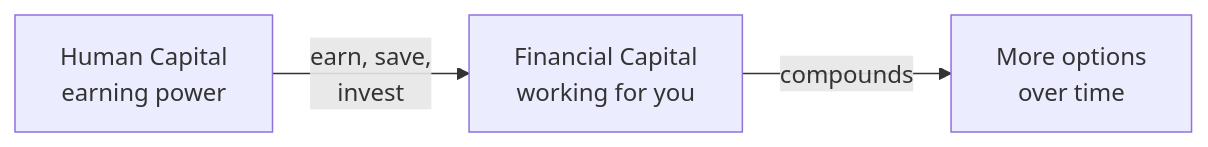
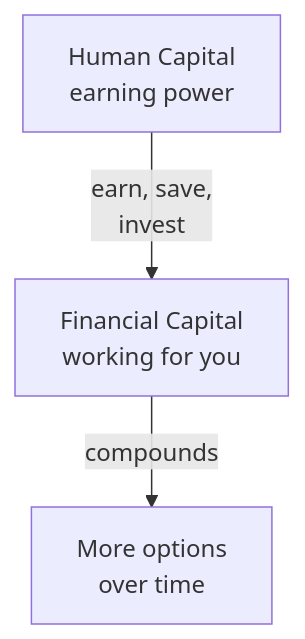
Before and after one commit to leotansingapore/aia-product-compass-hub: the diagram in docs/first-60-days/week-3/day-14.md, drawn with Mermaid. The commit also changed other lines of this file and 56 other files, not shown here.

Commit message:
Readability pass across first-60-days: styled HTML to tables/diagrams, cleaner formatting, no leaked metadata

````diff
--- a/docs/first-60-days/week-3/day-14.md
+++ b/docs/first-60-days/week-3/day-14.md
@@ -47,4 +47,5 @@
 ```mermaid
-flowchart LR
-    HC["Human Capital<br/>earning power"] -->|"earn, save,<br/>invest"| FC["Financial Capital<br/>working for you"] -->|"compounds"| HC2["More options<br/>over time"]
+flowchart TD
+    HC["Human Capital<br/>earning power"] -->|"earn, save,<br/>invest"| FC["Financial Capital<br/>working for you"]
+    FC -->|"compounds"| HC2["More options<br/>over time"]
 ```
````
